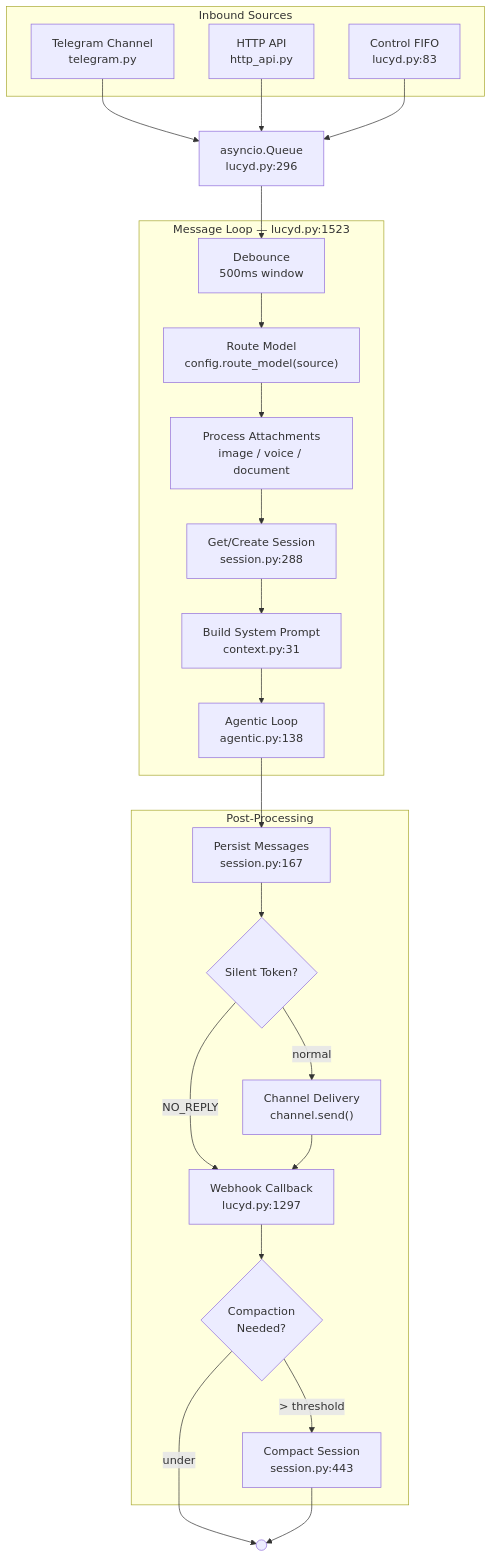
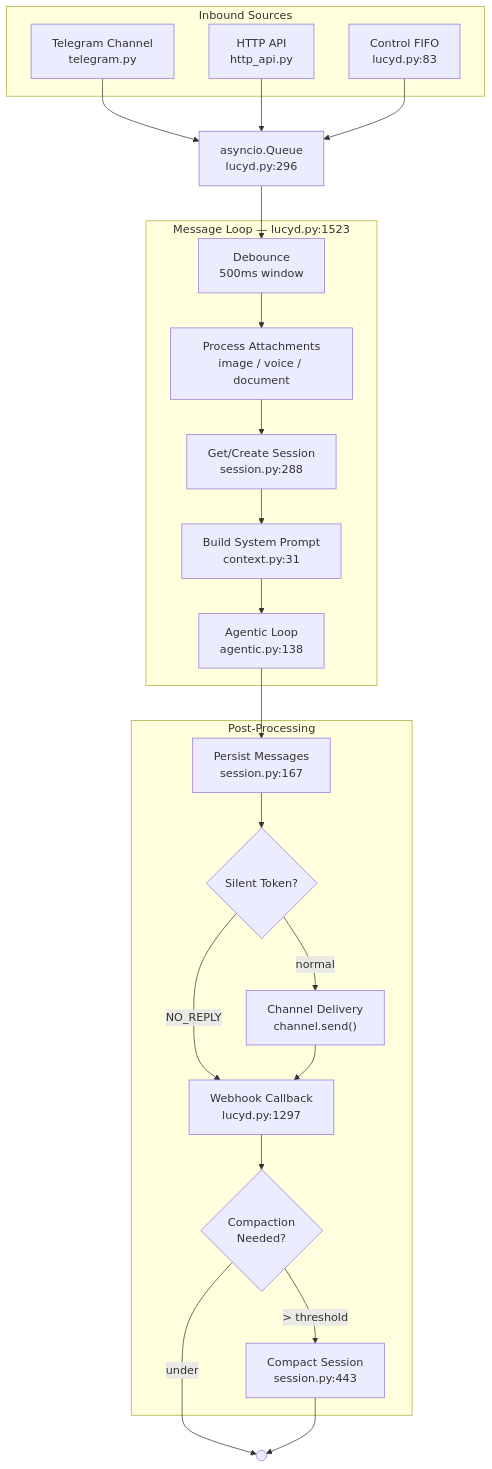
Before and after one commit to nicolasforstinger/lucyd: the first of 8 diagrams in docs/diagrams.md, drawn with Mermaid. The commit also changed other lines of this file and 42 other files, not shown here.

````diff
--- a/docs/diagrams.md
+++ b/docs/diagrams.md
@@ -11,40 +11,39 @@
 ```mermaid
 flowchart TD
     subgraph Sources["Inbound Sources"]
         TG["Telegram Channel<br/>telegram.py"]
         HTTP["HTTP API<br/>http_api.py"]
         FIFO["Control FIFO<br/>lucyd.py:83"]
     end
 
     Q["asyncio.Queue<br/>lucyd.py:296"]
 
     subgraph Loop["Message Loop — lucyd.py:1523"]
         DEB["Debounce<br/>500ms window"]
-        ROUTE["Route Model<br/>config.route_model(source)"]
         MEDIA["Process Attachments<br/>image / voice / document"]
         SESSION["Get/Create Session<br/>session.py:288"]
         CTX["Build System Prompt<br/>context.py:31"]
         AGENTIC["Agentic Loop<br/>agentic.py:138"]
     end
 
     subgraph Post["Post-Processing"]
         PERSIST["Persist Messages<br/>session.py:167"]
         SILENT{"Silent Token?"}
         DELIVER["Channel Delivery<br/>channel.send()"]
         WEBHOOK["Webhook Callback<br/>lucyd.py:1297"]
         COMPACT{"Compaction<br/>Needed?"}
         DO_COMPACT["Compact Session<br/>session.py:443"]
     end
 
     TG --> Q
     HTTP --> Q
     FIFO --> Q
-    Q --> DEB --> ROUTE --> MEDIA --> SESSION --> CTX --> AGENTIC
+    Q --> DEB --> MEDIA --> SESSION --> CTX --> AGENTIC
     AGENTIC --> PERSIST --> SILENT
     SILENT -->|"NO_REPLY"| WEBHOOK
     SILENT -->|normal| DELIVER --> WEBHOOK
     WEBHOOK --> COMPACT
     COMPACT -->|"> threshold"| DO_COMPACT
     COMPACT -->|under| END(( ))
     DO_COMPACT --> END
 ```
````
